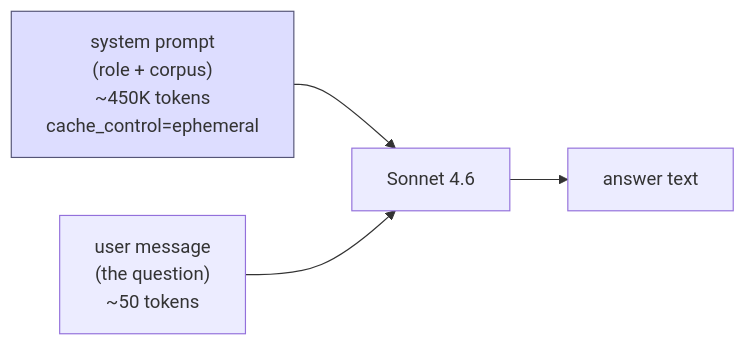
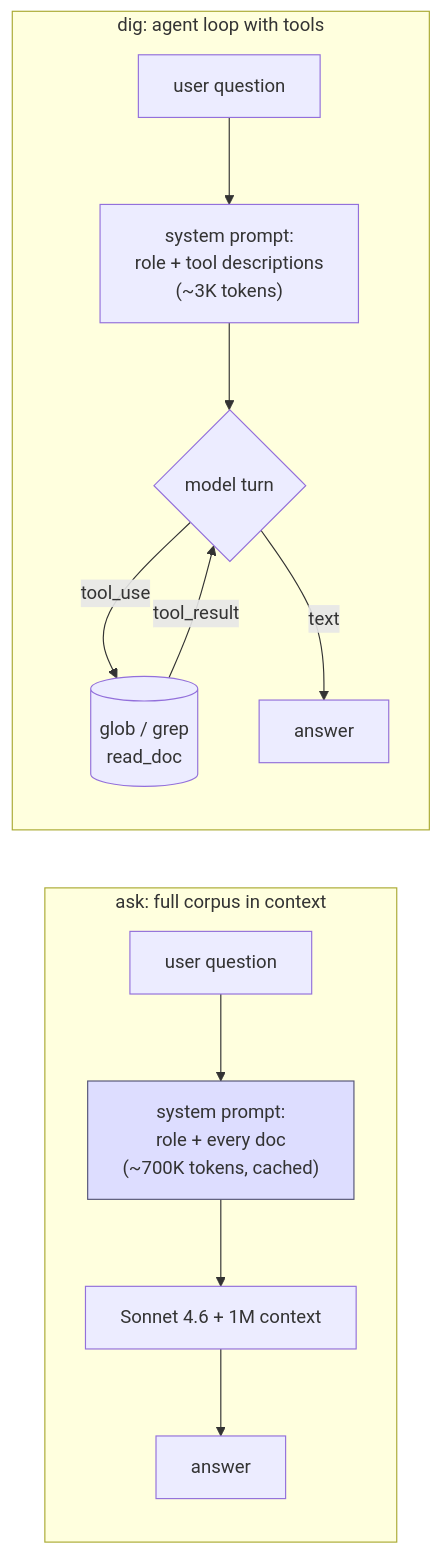
Before and after one commit to patrickisgreat/sharma-bot: the third of 5 diagrams in docs/architecture.md, drawn with Mermaid. The commit also changed other lines of this file and 3 other files, not shown here.

First line of the commit message:
docs: update CLAUDE.md, architecture, roadmap, user-guide for agent loop

````diff
--- a/docs/architecture.md
+++ b/docs/architecture.md
@@ -129,11 +133,19 @@
 ```mermaid
 flowchart LR
-    sys["system prompt<br/>(role + corpus)<br/>~450K tokens<br/>cache_control=ephemeral"]
-    user["user message<br/>(the question)<br/>~50 tokens"]
-    sys --> M[Sonnet 4.6]
-    user --> M
-    M --> A[answer text]
+    subgraph ask_mode ["ask: full corpus in context"]
+        q1[user question] --> sys1["system prompt:<br/>role + every doc<br/>(~700K tokens, cached)"]
+        sys1 --> m1[Sonnet 4.6 + 1M context]
+        m1 --> a1[answer]
+    end
+
+    subgraph dig_mode ["dig: agent loop with tools"]
+        q2[user question] --> sys2["system prompt:<br/>role + tool descriptions<br/>(~3K tokens)"]
+        sys2 --> loop{model turn}
+        loop -->|tool_use| tools[("glob / grep<br/>read_doc")]
+        tools -->|tool_result| loop
+        loop -->|text| a2[answer]
+    end
 
     classDef cached fill:#ddf,stroke:#557;
-    class sys cached;
+    class sys1 cached;
 ```
````
